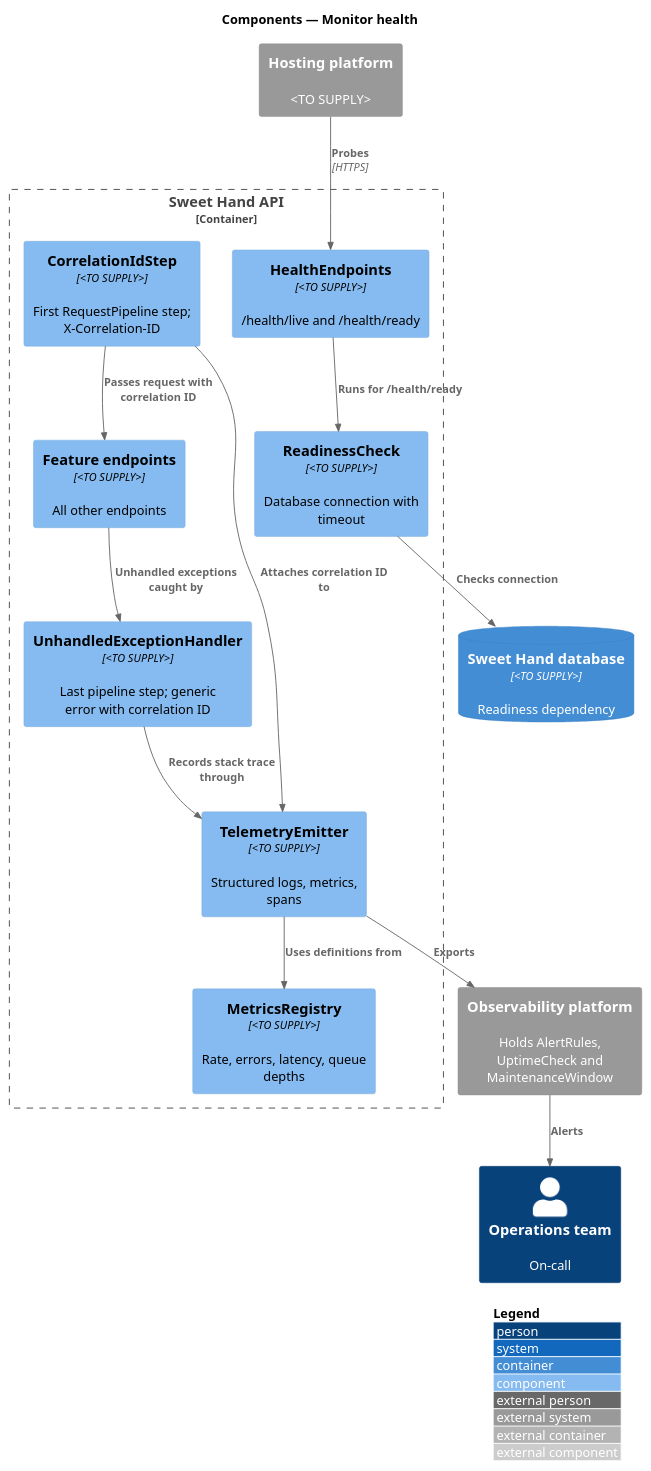
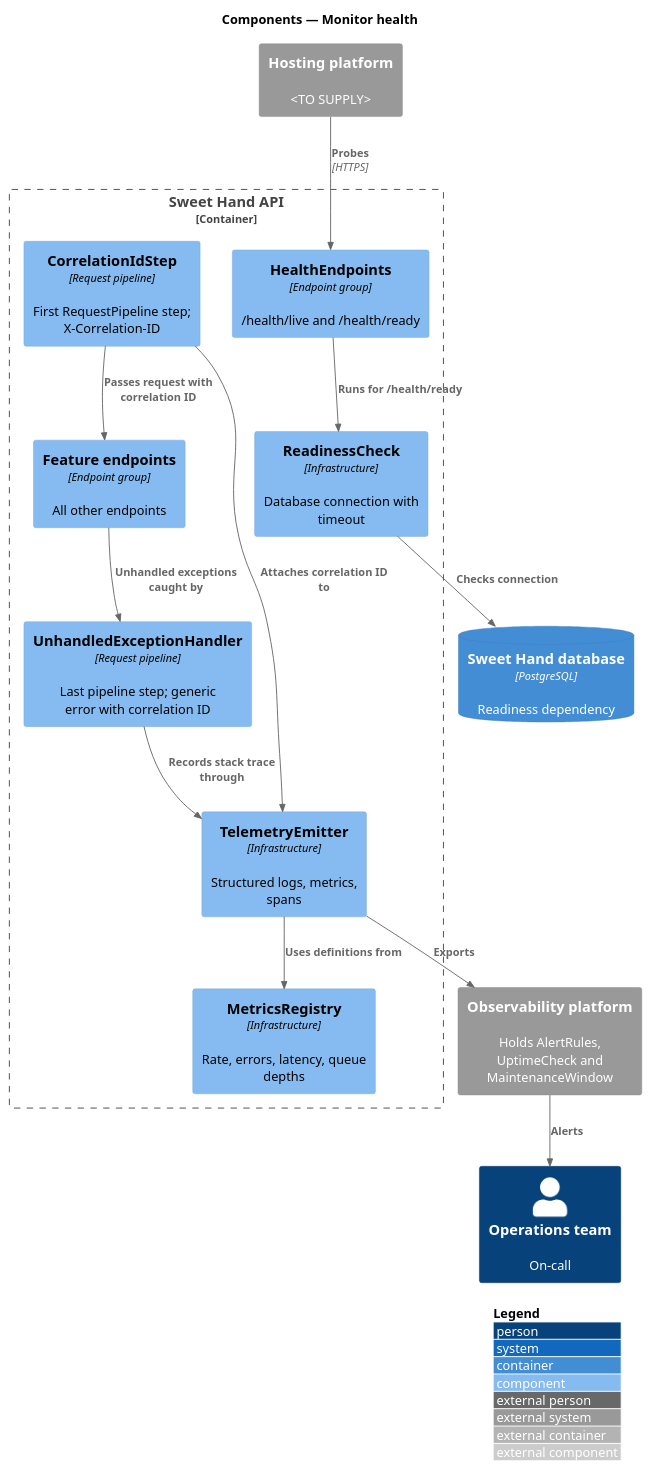
One commit to QuinntyneBrown/sweet-hand changed the diagram in docs/detailed-designs/platform/monitor-health/diagrams/c4-component.puml. Above: the diagram before and after it, drawn with PlantUML. The commit also changed 34 other files, not shown here.

```diff
--- a/docs/detailed-designs/platform/monitor-health/diagrams/c4-component.puml
+++ b/docs/detailed-designs/platform/monitor-health/diagrams/c4-component.puml
@@ -1,30 +1,30 @@
 @startuml
 !include <C4/C4_Component>
 LAYOUT_WITH_LEGEND()
 title Components — Monitor health
 
 System_Ext(hosting, "Hosting platform", "<TO SUPPLY>")
 System_Ext(obs, "Observability platform", "Holds AlertRules, UptimeCheck and MaintenanceWindow")
 Person(ops, "Operations team", "On-call")
 Container_Boundary(api, "Sweet Hand API") {
-  Component(health, "HealthEndpoints", "<TO SUPPLY>", "/health/live and /health/ready")
-  Component(ready, "ReadinessCheck", "<TO SUPPLY>", "Database connection with timeout")
-  Component(corr, "CorrelationIdStep", "<TO SUPPLY>", "First RequestPipeline step; X-Correlation-ID")
-  Component(endpoints, "Feature endpoints", "<TO SUPPLY>", "All other endpoints")
-  Component(exc, "UnhandledExceptionHandler", "<TO SUPPLY>", "Last pipeline step; generic error with correlation ID")
-  Component(tele, "TelemetryEmitter", "<TO SUPPLY>", "Structured logs, metrics, spans")
-  Component(metrics, "MetricsRegistry", "<TO SUPPLY>", "Rate, errors, latency, queue depths")
+  Component(health, "HealthEndpoints", "Endpoint group", "/health/live and /health/ready")
+  Component(ready, "ReadinessCheck", "Infrastructure", "Database connection with timeout")
+  Component(corr, "CorrelationIdStep", "Request pipeline", "First RequestPipeline step; X-Correlation-ID")
+  Component(endpoints, "Feature endpoints", "Endpoint group", "All other endpoints")
+  Component(exc, "UnhandledExceptionHandler", "Request pipeline", "Last pipeline step; generic error with correlation ID")
+  Component(tele, "TelemetryEmitter", "Infrastructure", "Structured logs, metrics, spans")
+  Component(metrics, "MetricsRegistry", "Infrastructure", "Rate, errors, latency, queue depths")
 }
-ContainerDb(db, "Sweet Hand database", "<TO SUPPLY>", "Readiness dependency")
+ContainerDb(db, "Sweet Hand database", "PostgreSQL", "Readiness dependency")
 
 Rel(hosting, health, "Probes", "HTTPS")
 Rel(health, ready, "Runs for /health/ready")
 Rel(ready, db, "Checks connection")
 Rel(corr, endpoints, "Passes request with correlation ID")
 Rel(endpoints, exc, "Unhandled exceptions caught by")
 Rel(corr, tele, "Attaches correlation ID to")
 Rel(exc, tele, "Records stack trace through")
 Rel(tele, metrics, "Uses definitions from")
 Rel(tele, obs, "Exports")
 Rel(obs, ops, "Alerts")
 @enduml
```
